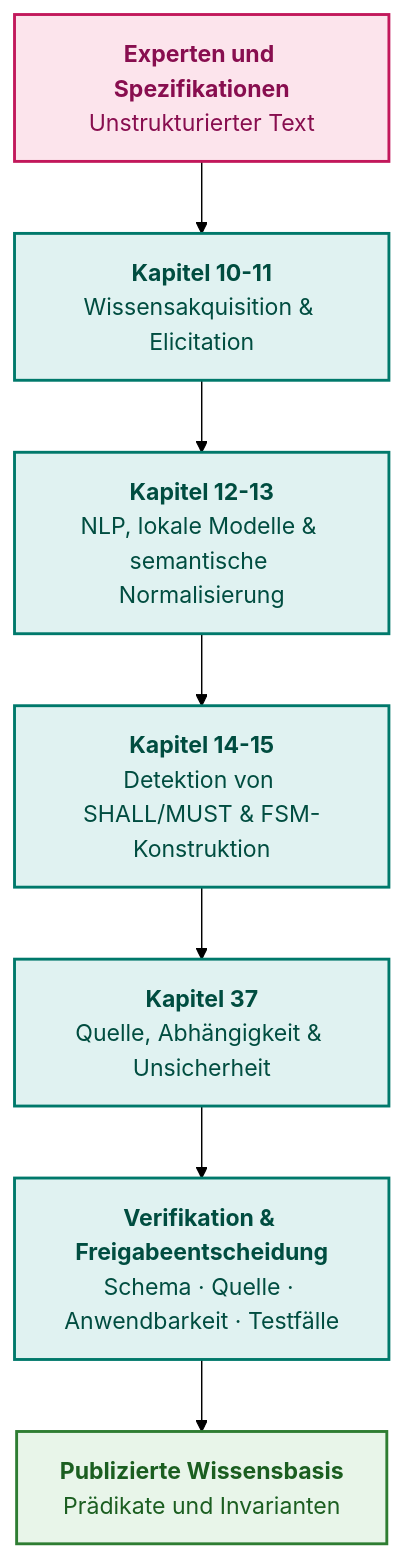
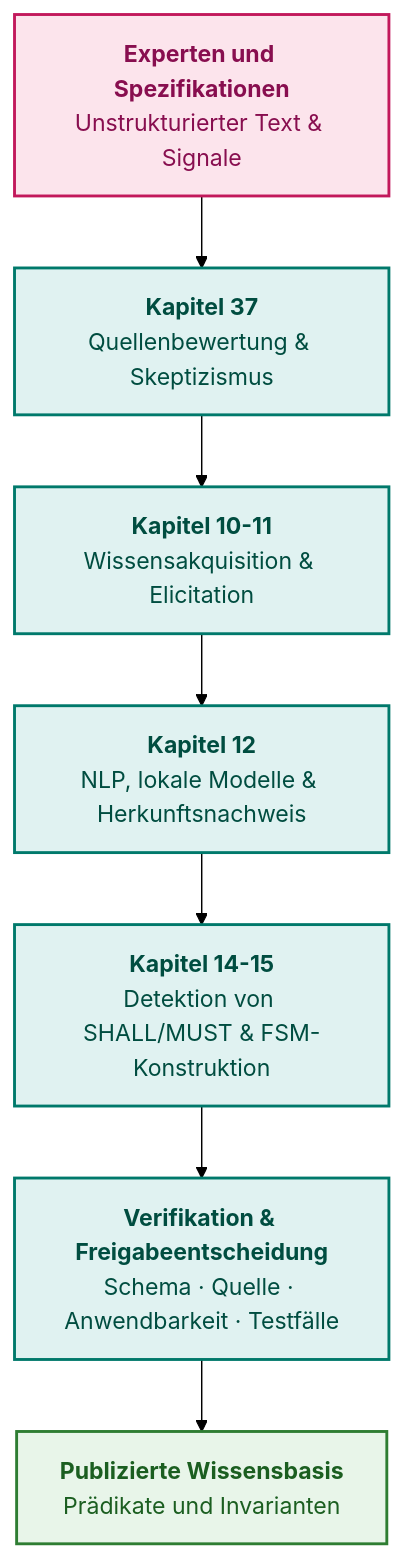
One commit to nick-fedchik/articles changed the diagram in ExpertSystem/translations/de/part-03-knowledge-engineering-nlp.md. Above: the diagram before and after it, drawn with Mermaid (forest theme). The commit also changed other lines of this file and 174 other files, not shown here.

````diff
--- a/ExpertSystem/translations/de/part-03-knowledge-engineering-nlp.md
+++ b/ExpertSystem/translations/de/part-03-knowledge-engineering-nlp.md
@@ -27,20 +27,20 @@
 ```mermaid
 flowchart TD
     accTitle: Knowledge-Engineering-Pipeline von Teil III
-    accDescr: Akquisition, linguistische Analyse, Formalisierung und Quellenbewertung vor der Wissenszulassung.
+    accDescr: Epistemische Quellenbewertung, Akquisition, linguistische Analyse und Formalisierung vor der Wissenszulassung.
 
-    E["<b>Experten und Spezifikationen</b><br/>Unstrukturierter Text"] --> KAS["<b>Kapitel 10-11</b><br/>Wissensakquisition & Elicitation"]
-    KAS --> NLP["<b>Kapitel 12-13</b><br/>NLP, lokale Modelle & semantische Normalisierung"]
+    E["<b>Experten und Spezifikationen</b><br/>Unstrukturierter Text & Signale"] --> INPUT["<b>Kapitel 37</b><br/>Quellenbewertung & Skeptizismus"]
+    INPUT --> KAS["<b>Kapitel 10-11</b><br/>Wissensakquisition & Elicitation"]
+    KAS --> NLP["<b>Kapitel 12</b><br/>NLP, lokale Modelle & Herkunftsnachweis"]
     NLP --> EXT["<b>Kapitel 14-15</b><br/>Detektion von SHALL/MUST & FSM-Konstruktion"]
-    EXT --> INPUT["<b>Kapitel 37</b><br/>Quelle, Abhängigkeit & Unsicherheit"]
-    INPUT --> REVIEW["<b>Verifikation & Freigabeentscheidung</b><br/>Schema · Quelle · Anwendbarkeit · Testfälle"]
+    EXT --> REVIEW["<b>Verifikation & Freigabeentscheidung</b><br/>Schema · Quelle · Anwendbarkeit · Testfälle"]
     REVIEW --> KB["<b>Publizierte Wissensbasis</b><br/>Prädikate und Invarianten"]
 
     classDef src fill:#fce4ec,stroke:#c2185b,stroke-width:2px,color:#880e4f;
     classDef step fill:#e0f2f1,stroke:#00796b,stroke-width:2px,color:#004d40;
     classDef out fill:#e8f5e9,stroke:#2e7d32,stroke-width:2px,color:#1b5e20;
 
     class E src;
-    class KAS,NLP,EXT,INPUT,REVIEW step;
+    class INPUT,KAS,NLP,EXT,REVIEW step;
     class KB out;
 ```
````
